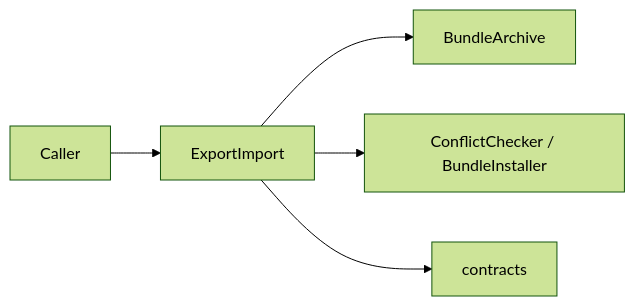
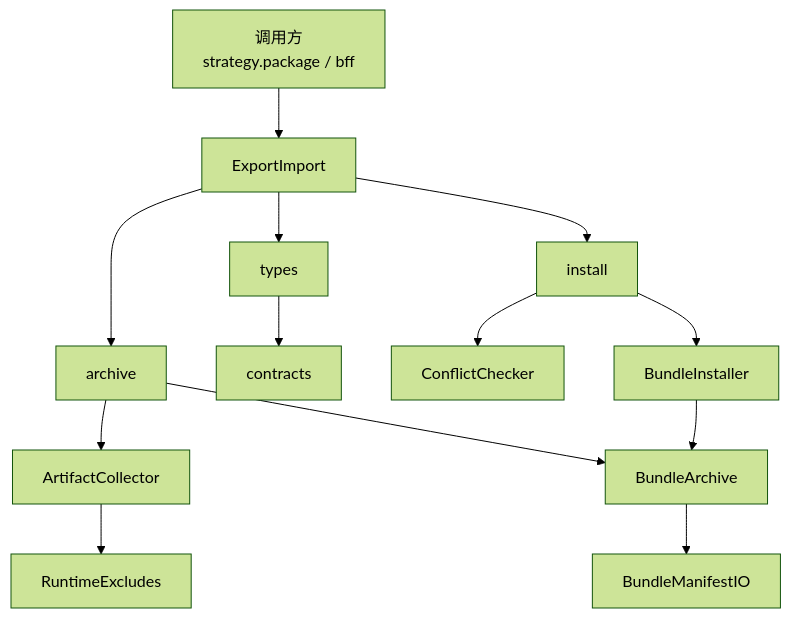
One commit to garnet1985/new-tea-quant changed the diagram in core/infra/export_import/docs/ARCHITECTURE.md. Above: the diagram before and after it, drawn with Mermaid (forest theme). The commit also changed other lines of this file and 338 other files, not shown here.

````diff
--- a/core/infra/export_import/docs/ARCHITECTURE.md
+++ b/core/infra/export_import/docs/ARCHITECTURE.md
@@ -48,7 +45,15 @@
 ```mermaid
-flowchart LR
-  Caller --> ExportImport
-  ExportImport --> Archive[BundleArchive]
-  ExportImport --> Install[ConflictChecker / BundleInstaller]
-  ExportImport --> Types[contracts]
+flowchart TB
+  Caller["调用方<br/>strategy.package / bff"] --> Facade[ExportImport]
+  Facade --> ArchiveNS[archive]
+  Facade --> InstallNS[install]
+  Facade --> TypesNS[types]
+  TypesNS --> Contracts[contracts]
+  ArchiveNS --> Collect[ArtifactCollector]
+  ArchiveNS --> BundleArchive
+  Collect --> RuntimeExcludes
+  BundleArchive --> ManifestIO[BundleManifestIO]
+  InstallNS --> ConflictChecker
+  InstallNS --> BundleInstaller
+  BundleInstaller --> BundleArchive
 ```
````
